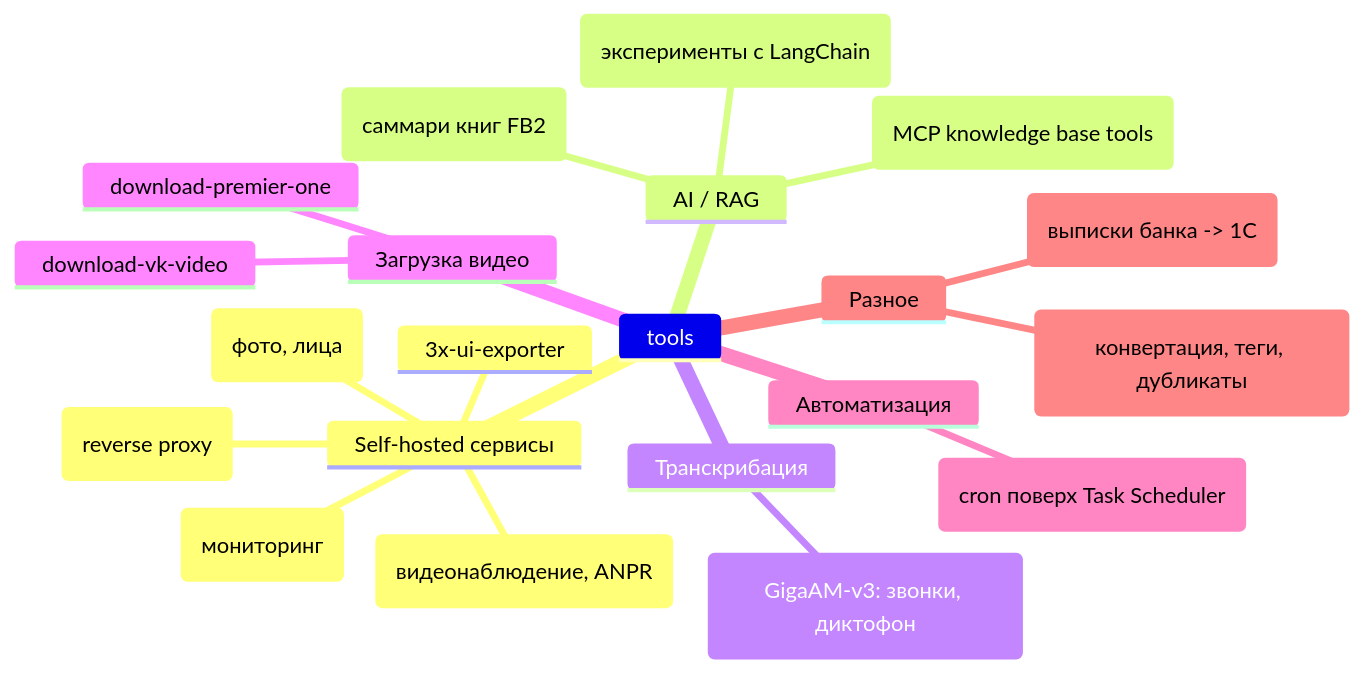
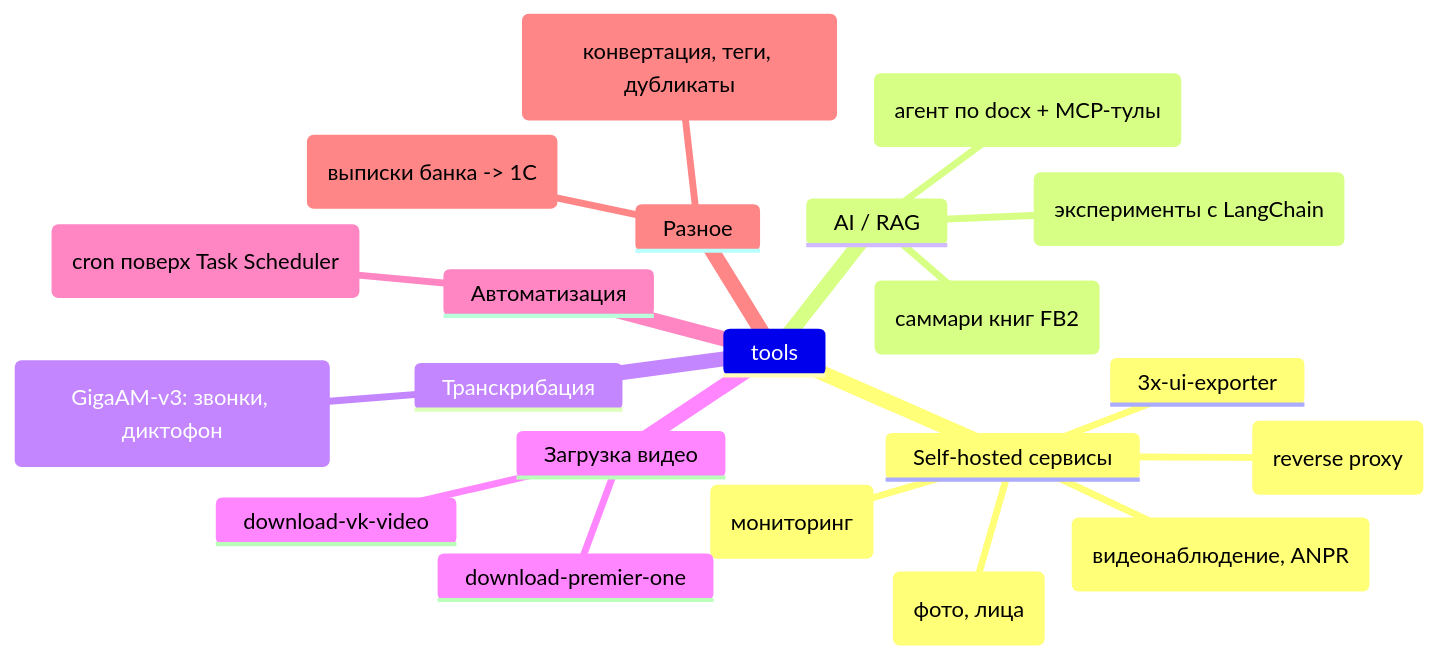
Before and after one commit to vadim-kosarev/tools: the diagram in README.md, drawn with Mermaid. The commit also changed other lines of this file and 45 other files, not shown here.

First line of the commit message:
RAG: агент по .docx на Ollama + ClickHouse, чистка от хвостов удалённых агентов

````diff
--- a/README.md
+++ b/README.md
@@ -9,24 +9,24 @@
 ```mermaid
 mindmap
   tools
     Self-hosted сервисы
       immich (фото, лица)
       frigate (видеонаблюдение, ANPR)
       nginx (reverse proxy)
       prometheus (мониторинг)
       3x-ui-exporter
     AI / RAG
-      RAG (MCP knowledge base tools)
+      RAG (агент по docx + MCP-тулы)
       bReader (саммари книг FB2)
       lChain (эксперименты с LangChain)
     Транскрибация
       transcribe (GigaAM-v3: звонки, диктофон)
     Загрузка видео
       download-premier-one
       download-vk-video
     Автоматизация
       cron-win (cron поверх Task Scheduler)
     Разное
       py (конвертация, теги, дубликаты)
       raif.xml-to-1c (выписки банка -> 1С)
 ```
````
